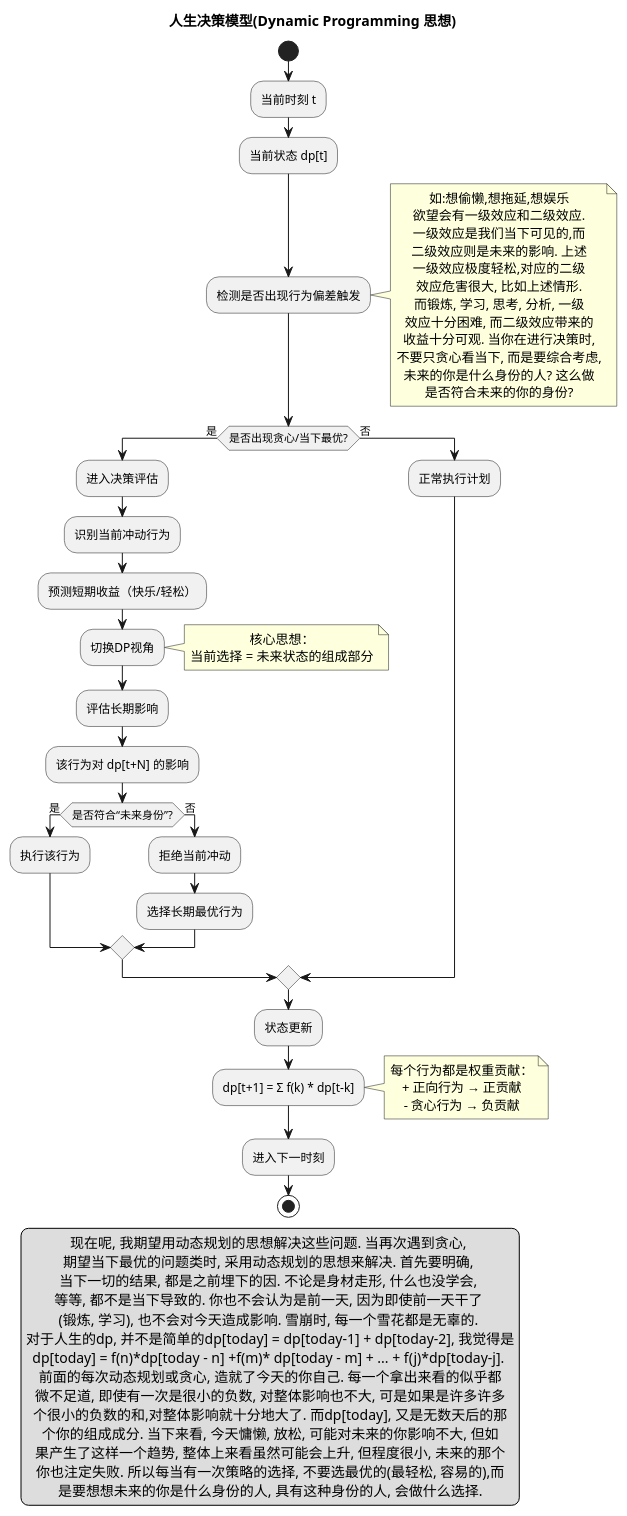
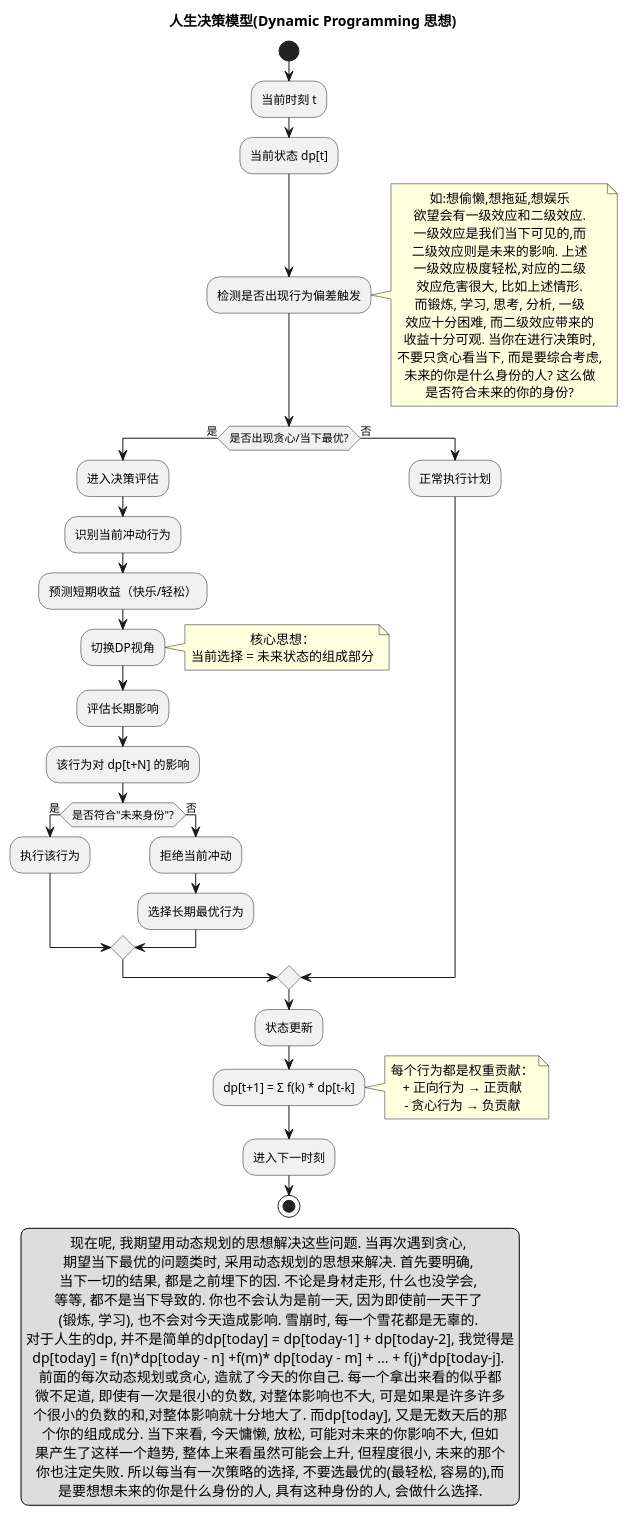
Before and after one commit to AlleyNorthward/postgraduate-entrance-exam: the diagram in modeling/贪心与动态规划/动态规划.puml, drawn with PlantUML. The commit also changed 8 other files, not shown here.

```diff
--- a/modeling/贪心与动态规划/动态规划.puml
+++ b/modeling/贪心与动态规划/动态规划.puml
@@ -1,83 +1,83 @@
 @startuml 人生DP决策系统
 skinparam DefaultTextAlignment center
 title 人生决策模型(Dynamic Programming 思想)
 skinparam DefaultTextAlignment center
 
 legend left
 现在呢, 我期望用动态规划的思想解决这些问题. 当再次遇到贪心, 
 期望当下最优的问题类时, 采用动态规划的思想来解决. 首先要明确, 
 当下一切的结果, 都是之前埋下的因. 不论是身材走形, 什么也没学会, 
 等等, 都不是当下导致的. 你也不会认为是前一天, 因为即使前一天干了 
 (锻炼, 学习), 也不会对今天造成影响. 雪崩时, 每一个雪花都是无辜的. 
 对于人生的dp, 并不是简单的dp[today] = dp[today-1] + dp[today-2], 我觉得是
 dp[today] = f(n)*dp[today - n] +f(m)* dp[today - m] + ... + f(j)*dp[today-j]. 
 前面的每次动态规划或贪心, 造就了今天的你自己. 每一个拿出来看的似乎都
 微不足道, 即使有一次是很小的负数, 对整体影响也不大, 可是如果是许多许多
 个很小的负数的和,对整体影响就十分地大了. 而dp[today], 又是无数天后的那
 个你的组成成分. 当下来看, 今天慵懒, 放松, 可能对未来的你影响不大, 但如
 果产生了这样一个趋势, 整体上来看虽然可能会上升, 但程度很小, 未来的那个
 你也注定失败. 所以每当有一次策略的选择, 不要选最优的(最轻松, 容易的),而
 是要想想未来的你是什么身份的人, 具有这种身份的人, 会做什么选择.
 end legend
 start
 
 :当前时刻 t;
 :当前状态 dp[t];
 
 :检测是否出现行为偏差触发;
 note right
     如:想偷懒,想拖延,想娱乐
     欲望会有一级效应和二级效应.
     一级效应是我们当下可见的,而
     二级效应则是未来的影响. 上述
     一级效应极度轻松,对应的二级
     效应危害很大, 比如上述情形.
     而锻炼, 学习, 思考, 分析, 一级
     效应十分困难, 而二级效应带来的
     收益十分可观. 当你在进行决策时,
     不要只贪心看当下, 而是要综合考虑,
     未来的你是什么身份的人? 这么做
     是否符合未来的你的身份?
 end note
 
 if (是否出现贪心/当下最优?) then (是)
 
     :进入决策评估;
 
     :识别当前冲动行为;
     :预测短期收益（快乐/轻松）;
 
     :切换DP视角;
     note right
         核心思想：
         当前选择 = 未来状态的组成部分
     end note
 
     :评估长期影响;
     :该行为对 dp[t+N] 的影响;
 
-    if (是否符合“未来身份”?) then (是)
+    if (是否符合"未来身份"?) then (是)
         :执行该行为;
     else (否)
         :拒绝当前冲动;
         :选择长期最优行为;
     endif
 
 else (否)
     :正常执行计划;
 endif
 
 :状态更新;
 
 :dp[t+1] = Σ f(k) * dp[t-k];
 note right
     每个行为都是权重贡献：
     + 正向行为 → 正贡献
     - 贪心行为 → 负贡献
 end note
 
 :进入下一时刻;
 
 stop
 
 @enduml
```
